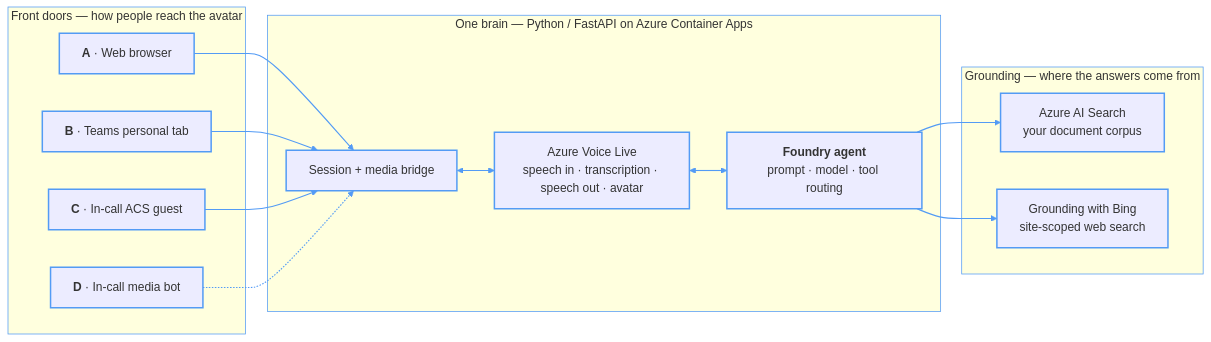
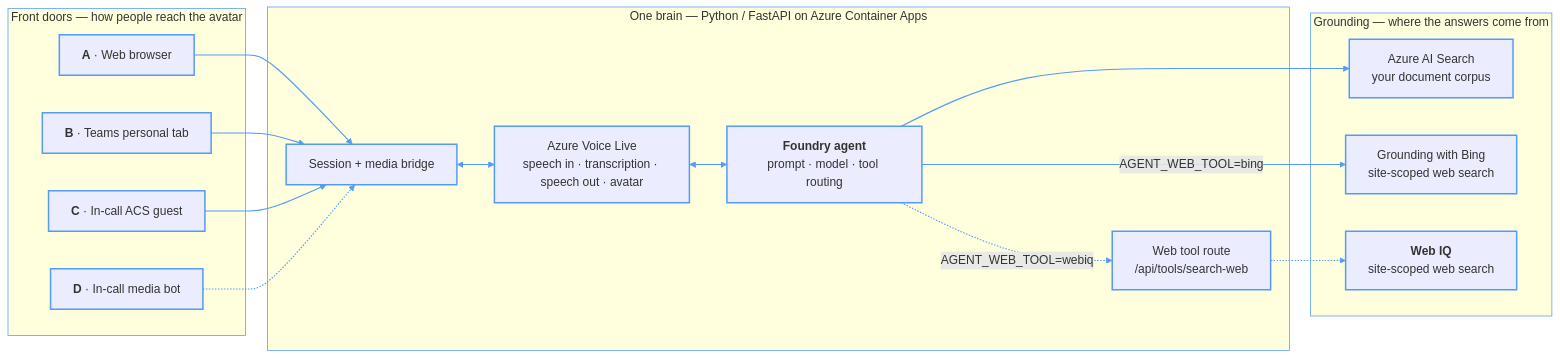
The first of 2 diagrams in README.md (SridharArrabelly/avatar-forge), drawn with Mermaid before and after one commit. The commit also changed other lines of this file and 33 other files, not shown here.

First line of the commit message:
Add Web IQ as a selectable agent web tool (AGENT_WEB_TOOL=webiq)

````diff
--- a/README.md
+++ b/README.md
@@ -41,37 +41,41 @@
 ```mermaid
 flowchart LR
     subgraph Doors["Front doors — how people reach the avatar"]
         A["<b>A</b> · Web browser"]
         B["<b>B</b> · Teams personal tab"]
         C["<b>C</b> · In-call ACS guest"]
         D["<b>D</b> · In-call media bot"]
     end
 
     subgraph Brain["One brain — Python / FastAPI on Azure Container Apps"]
         API["Session + media bridge"]
         VL["Azure Voice Live<br/>speech in · transcription · speech out · avatar"]
         AG["<b>Foundry agent</b><br/>prompt · model · tool routing"]
+        WT["Web tool route<br/>/api/tools/search-web"]
         API <--> VL
         VL <--> AG
     end
 
     subgraph Ground["Grounding — where the answers come from"]
         S["Azure AI Search<br/>your document corpus"]
         N["Grounding with Bing<br/>site-scoped web search"]
+        W["<b>Web IQ</b><br/>site-scoped web search"]
     end
 
     A --> API
     B --> API
     C --> API
     D -.-> API
     AG --> S
-    AG --> N
+    AG -->|"AGENT_WEB_TOOL=bing"| N
+    AG -.->|"AGENT_WEB_TOOL=webiq"| WT
+    WT -.-> W
 
     %% Only the stroke is pinned. Fill and text stay with the renderer's theme,
     %% so this reads correctly in GitHub's light and dark modes alike.
     classDef default stroke:#539bf5,stroke-width:2px
     linkStyle default stroke:#539bf5,stroke-width:1.5px
     style Doors stroke:#539bf5
     style Brain stroke:#539bf5
     style Ground stroke:#539bf5
 ```
````
